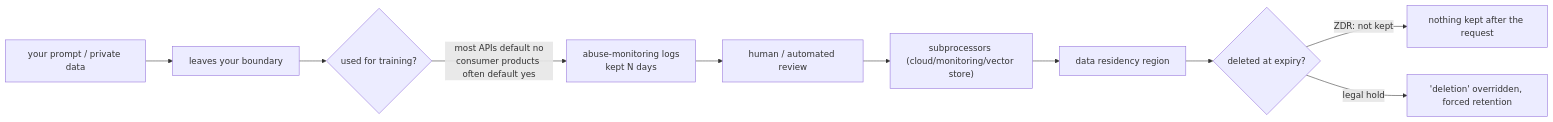
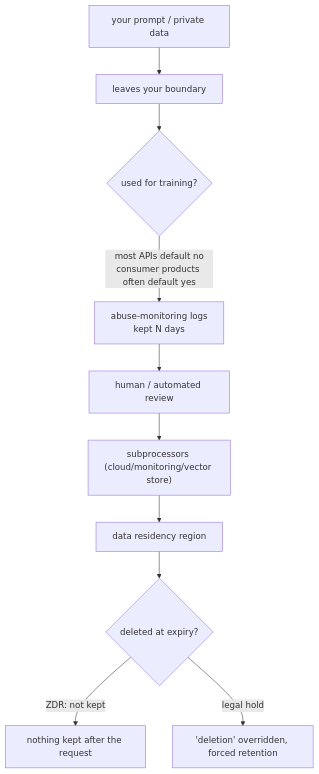
One commit to XuebinMa/AIWiki changed the diagram in i18n/en/docusaurus-plugin-content-docs-privacy/current/06-governance-compliance/inference-service-data-boundary.mdx. Above: the diagram before and after it, drawn with Mermaid. The commit also changed 4 other files, not shown here.

First line of the commit message:
feat(ui): Mermaid 图点击放大 + #4 数据边界图改 TB (#51)

````diff
--- a/i18n/en/docusaurus-plugin-content-docs-privacy/current/06-governance-compliance/inference-service-data-boundary.mdx
+++ b/i18n/en/docusaurus-plugin-content-docs-privacy/current/06-governance-compliance/inference-service-data-boundary.mdx
@@ -34,12 +34,12 @@
 ```mermaid
-flowchart LR
+flowchart TB
     P["your prompt / private data"] --> X["leaves your boundary"]
     X --> T{"used for training?"}
     T -->|most APIs default no<br/>consumer products often default yes| L["abuse-monitoring logs<br/>kept N days"]
     L --> H["human / automated review"]
     H --> S["subprocessors (cloud/monitoring/vector store)"]
     S --> Reg["data residency region"]
     Reg --> D{"deleted at expiry?"}
     D -->|ZDR: not kept| Z["nothing kept after the request"]
     D -->|legal hold| Hold["'deletion' overridden, forced retention"]
 ```
````
